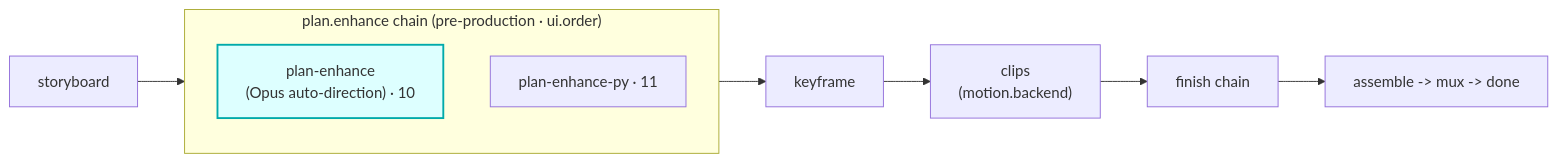
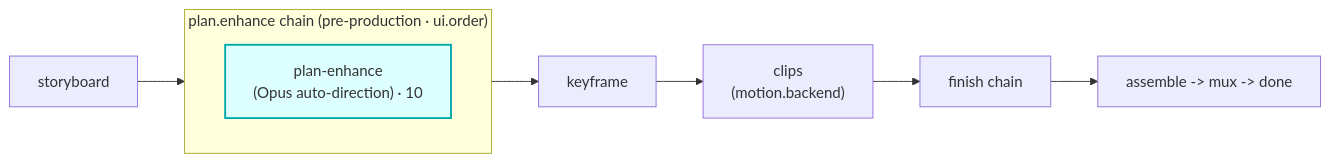
Before and after one commit to skyphusion-labs/vivijure: the diagram in modules/plan-enhance/README.md, drawn with Mermaid. The commit also changed other lines of this file and 10 other files, not shown here.

````diff
--- a/modules/plan-enhance/README.md
+++ b/modules/plan-enhance/README.md
@@ -14,11 +13,10 @@
 ```mermaid
 flowchart LR
   sb["storyboard"] --> plan
   subgraph plan["plan.enhance chain (pre-production · ui.order)"]
     pe["plan-enhance<br/>(Opus auto-direction) · 10"]
-    pep["plan-enhance-py · 11"]
   end
   plan --> kf["keyframe"] --> clips["clips<br/>(motion.backend)"] --> fin["finish chain"]
   fin --> asm["assemble -> mux -> done"]
   style pe fill:#dff,stroke:#0aa,stroke-width:2px
 ```
````
